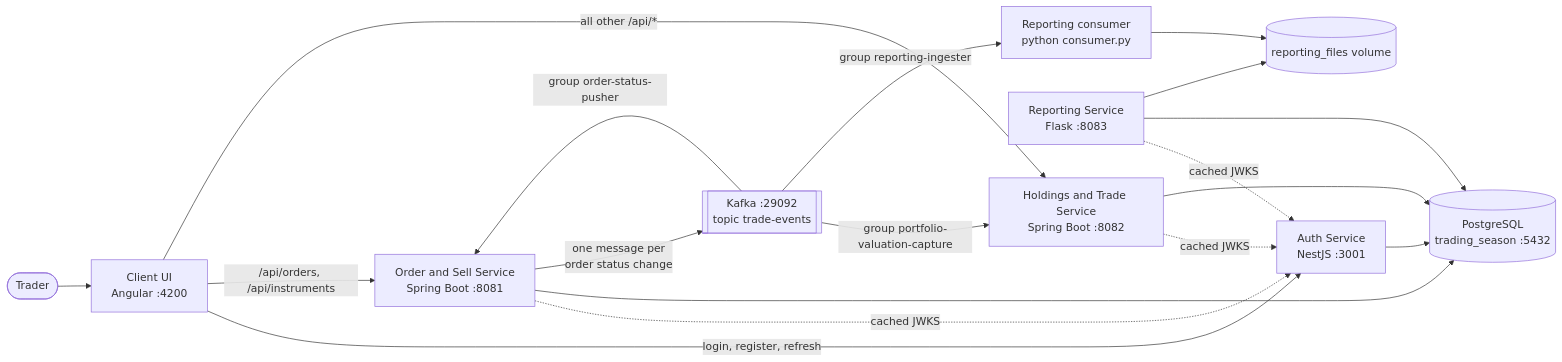
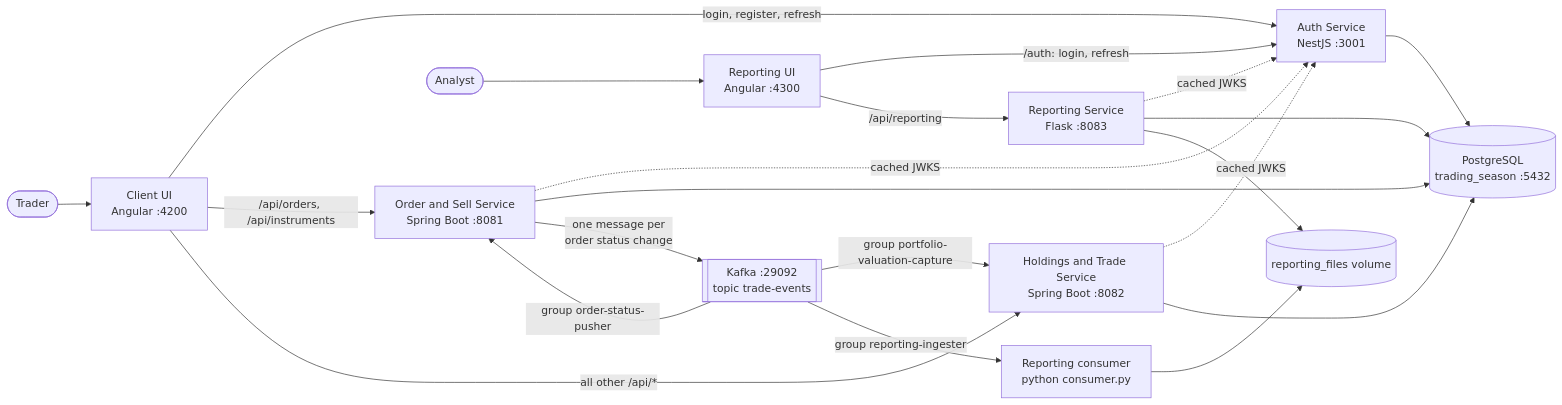
Before and after one commit to seankcheema/trading-season: the first of 5 diagrams in README.md, drawn with Mermaid. The commit also changed other lines of this file and 71 other files, not shown here.

````diff
--- a/README.md
+++ b/README.md
@@ -20,23 +20,27 @@
 ```mermaid
 flowchart LR
     Trader([Trader]) --> UI["Client UI<br/>Angular :4200"]
     UI -- "login, register, refresh" --> Auth["Auth Service<br/>NestJS :3001"]
     UI -- "/api/orders, /api/instruments" --> OS["Order and Sell Service<br/>Spring Boot :8081"]
     UI -- "all other /api/*" --> HT["Holdings and Trade Service<br/>Spring Boot :8082"]
 
     OS -. "cached JWKS" .-> Auth
     HT -. "cached JWKS" .-> Auth
     RS["Reporting Service<br/>Flask :8083"] -. "cached JWKS" .-> Auth
 
     Auth --> DB[("PostgreSQL<br/>trading_season :5432")]
     OS --> DB
     HT --> DB
     RS --> DB
 
     OS -- "one message per<br/>order status change" --> Kafka[["Kafka :29092<br/>topic trade-events"]]
     Kafka -- "group order-status-pusher" --> OS
     Kafka -- "group portfolio-valuation-capture" --> HT
     Kafka -- "group reporting-ingester" --> RC["Reporting consumer<br/>python consumer.py"]
     RC --> Files[("reporting_files volume")]
     RS --> Files
+
+    Analyst([Analyst]) --> RUI["Reporting UI<br/>Angular :4300"]
+    RUI -- "/auth: login, refresh" --> Auth
+    RUI -- "/api/reporting" --> RS
 ```
````
